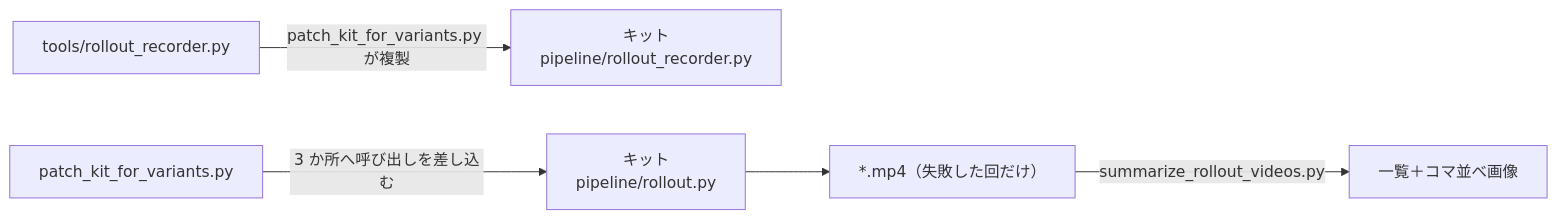
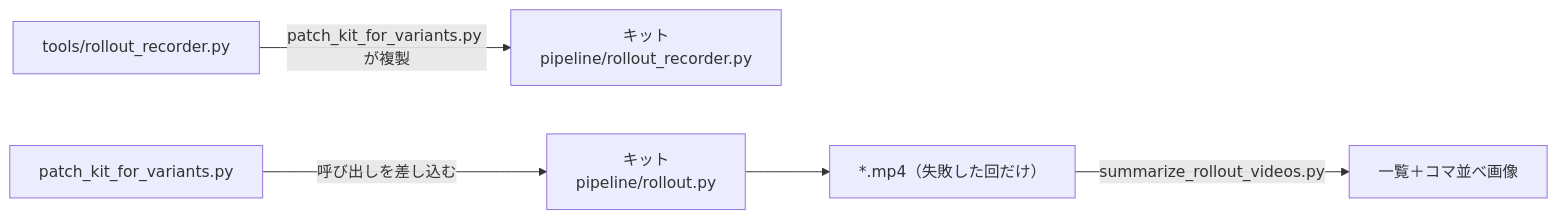
The third of 3 diagrams in docs/solution/README.md (siruku6/PARC2026_pre), drawn with Mermaid before and after one commit. The commit also changed other lines of this file and 11 other files, not shown here.

````diff
--- a/docs/solution/README.md
+++ b/docs/solution/README.md
@@ -289,7 +289,7 @@
 ```mermaid
 flowchart LR
     R["tools/rollout_recorder.py"] -->|"patch_kit_for_variants.py が複製"| K["キット<br/>pipeline/rollout_recorder.py"]
-    P["patch_kit_for_variants.py"] -->|"3 か所へ呼び出しを差し込む"| Q["キット<br/>pipeline/rollout.py"]
+    P["patch_kit_for_variants.py"] -->|"呼び出しを差し込む"| Q["キット<br/>pipeline/rollout.py"]
     Q --> M["*.mp4（失敗した回だけ）"]
     M -->|"summarize_rollout_videos.py"| S["一覧＋コマ並べ画像"]
 ```
````
